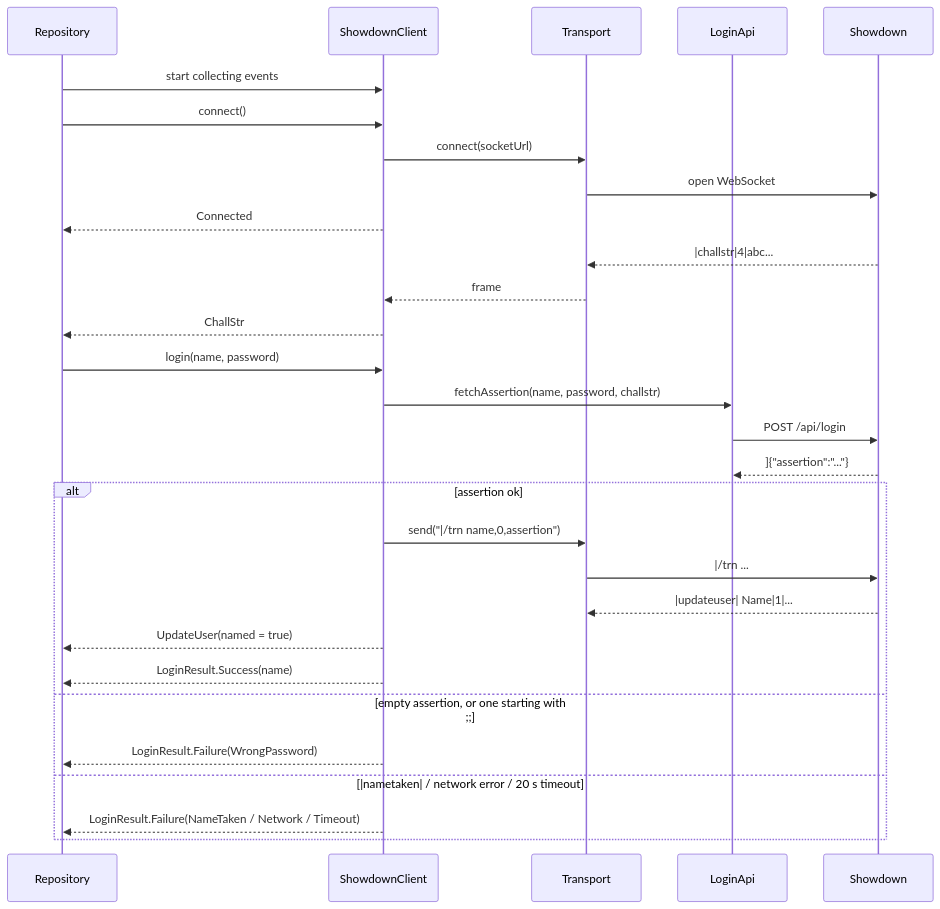
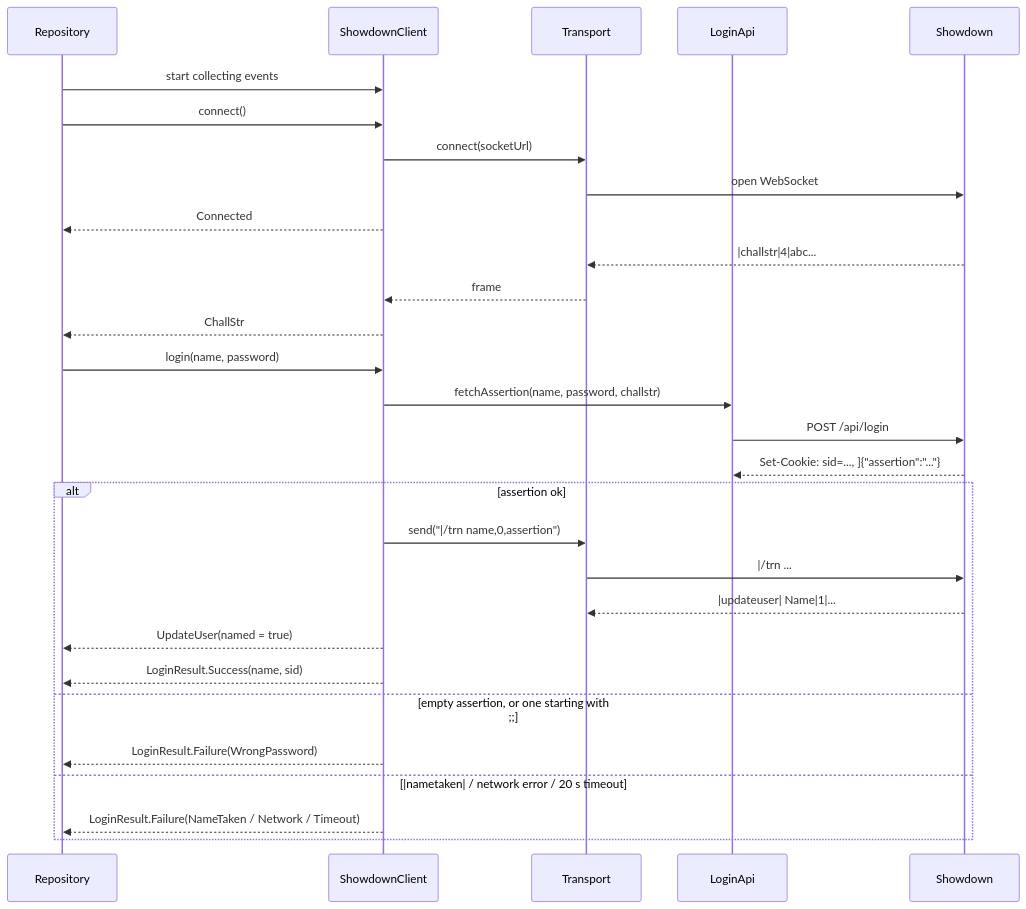
The second of 4 diagrams in context/design/showdown_client.md (jaydenfont/ThorShowdown), drawn with Mermaid before and after one commit. The commit also changed other lines of this file and 36 other files, not shown here.

````diff
--- a/context/design/showdown_client.md
+++ b/context/design/showdown_client.md
@@ -80,32 +80,32 @@
 ```mermaid
 sequenceDiagram
     participant R as Repository
     participant C as ShowdownClient
     participant T as Transport
     participant L as LoginApi
     participant S as Showdown
 
     R->>C: start collecting events
     R->>C: connect()
     C->>T: connect(socketUrl)
     T->>S: open WebSocket
     C-->>R: Connected
     S-->>T: |challstr|4|abc...
     T-->>C: frame
     C-->>R: ChallStr
     R->>C: login(name, password)
     C->>L: fetchAssertion(name, password, challstr)
     L->>S: POST /api/login
-    S-->>L: ]{"assertion":"..."}
+    S-->>L: Set-Cookie: sid=..., ]{"assertion":"..."}
     alt assertion ok
         C->>T: send("|/trn name,0,assertion")
         T->>S: |/trn ...
         S-->>T: |updateuser| Name|1|...
         C-->>R: UpdateUser(named = true)
-        C-->>R: LoginResult.Success(name)
+        C-->>R: LoginResult.Success(name, sid)
     else empty assertion, or one starting with #59;#59;
         C-->>R: LoginResult.Failure(WrongPassword)
     else |nametaken| / network error / 20 s timeout
         C-->>R: LoginResult.Failure(NameTaken / Network / Timeout)
     end
 ```
````
